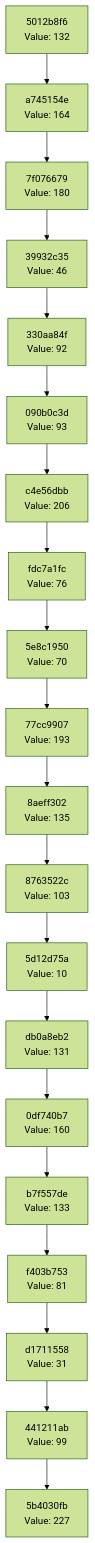
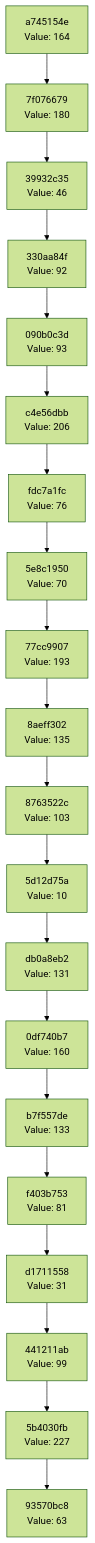
One commit to Abhisheksinha1506/hash-chain-evolver changed the diagram in docs/CHAIN_VISUALIZATION.md. Above: the diagram before and after it, drawn with Mermaid (forest theme). The commit also changed 3 other files, not shown here.

````diff
--- a/docs/CHAIN_VISUALIZATION.md
+++ b/docs/CHAIN_VISUALIZATION.md
@@ -3,42 +3,42 @@
 ```mermaid
 graph TD
-    C0["5b4030fb<br/>Value: 227"]
-    C1["441211ab<br/>Value: 99"]
+    C0["93570bc8<br/>Value: 63"]
+    C1["5b4030fb<br/>Value: 227"]
     C1 --> C0
-    C2["d1711558<br/>Value: 31"]
+    C2["441211ab<br/>Value: 99"]
     C2 --> C1
-    C3["f403b753<br/>Value: 81"]
+    C3["d1711558<br/>Value: 31"]
     C3 --> C2
-    C4["b7f557de<br/>Value: 133"]
+    C4["f403b753<br/>Value: 81"]
     C4 --> C3
-    C5["0df740b7<br/>Value: 160"]
+    C5["b7f557de<br/>Value: 133"]
     C5 --> C4
-    C6["db0a8eb2<br/>Value: 131"]
+    C6["0df740b7<br/>Value: 160"]
     C6 --> C5
-    C7["5d12d75a<br/>Value: 10"]
+    C7["db0a8eb2<br/>Value: 131"]
     C7 --> C6
-    C8["8763522c<br/>Value: 103"]
+    C8["5d12d75a<br/>Value: 10"]
     C8 --> C7
-    C9["8aeff302<br/>Value: 135"]
+    C9["8763522c<br/>Value: 103"]
     C9 --> C8
-    C10["77cc9907<br/>Value: 193"]
+    C10["8aeff302<br/>Value: 135"]
     C10 --> C9
-    C11["5e8c1950<br/>Value: 70"]
+    C11["77cc9907<br/>Value: 193"]
     C11 --> C10
-    C12["fdc7a1fc<br/>Value: 76"]
+    C12["5e8c1950<br/>Value: 70"]
     C12 --> C11
-    C13["c4e56dbb<br/>Value: 206"]
+    C13["fdc7a1fc<br/>Value: 76"]
     C13 --> C12
-    C14["090b0c3d<br/>Value: 93"]
+    C14["c4e56dbb<br/>Value: 206"]
     C14 --> C13
-    C15["330aa84f<br/>Value: 92"]
+    C15["090b0c3d<br/>Value: 93"]
     C15 --> C14
-    C16["39932c35<br/>Value: 46"]
+    C16["330aa84f<br/>Value: 92"]
     C16 --> C15
-    C17["7f076679<br/>Value: 180"]
+    C17["39932c35<br/>Value: 46"]
     C17 --> C16
-    C18["a745154e<br/>Value: 164"]
+    C18["7f076679<br/>Value: 180"]
     C18 --> C17
-    C19["5012b8f6<br/>Value: 132"]
+    C19["a745154e<br/>Value: 164"]
     C19 --> C18
 ```
````
